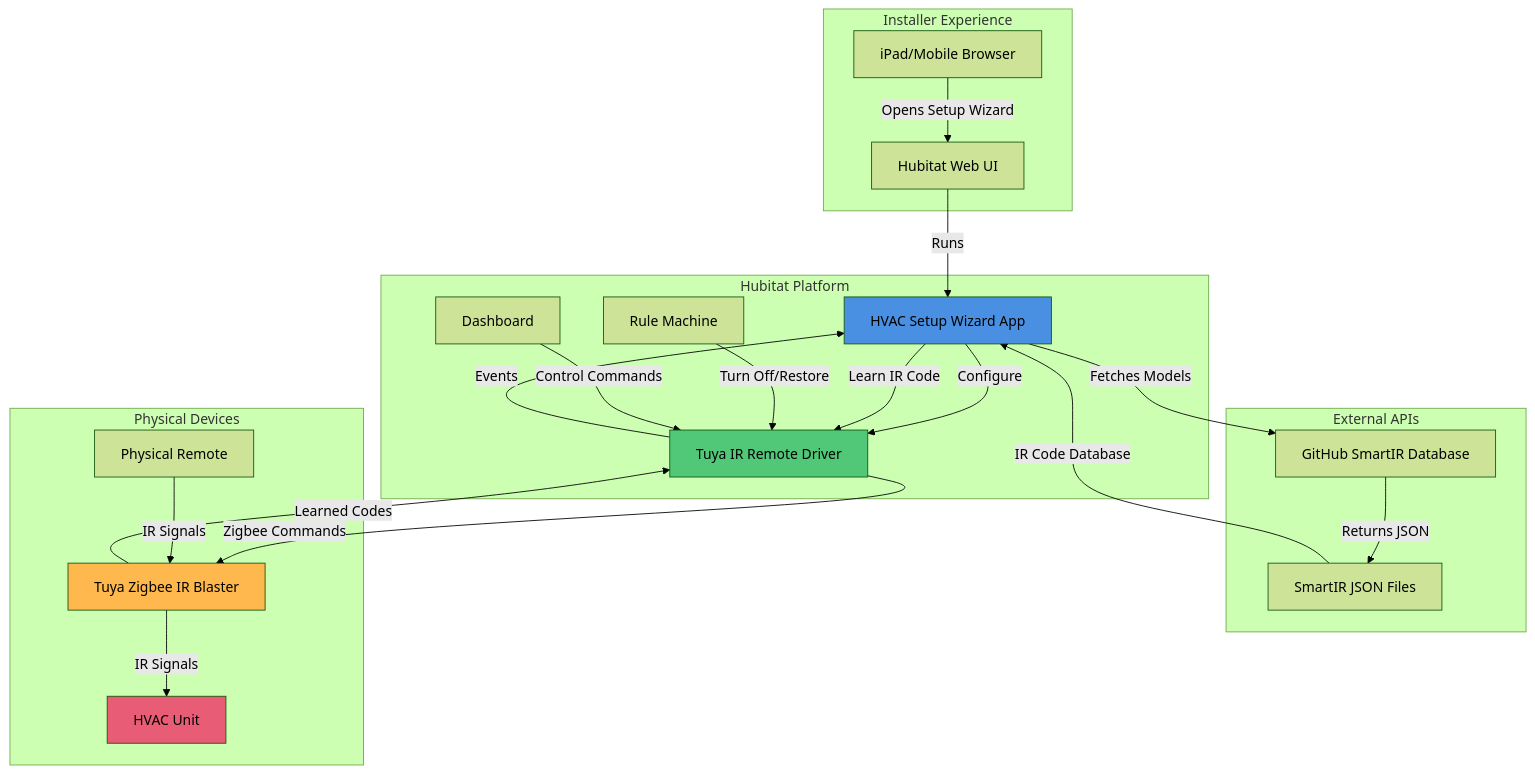
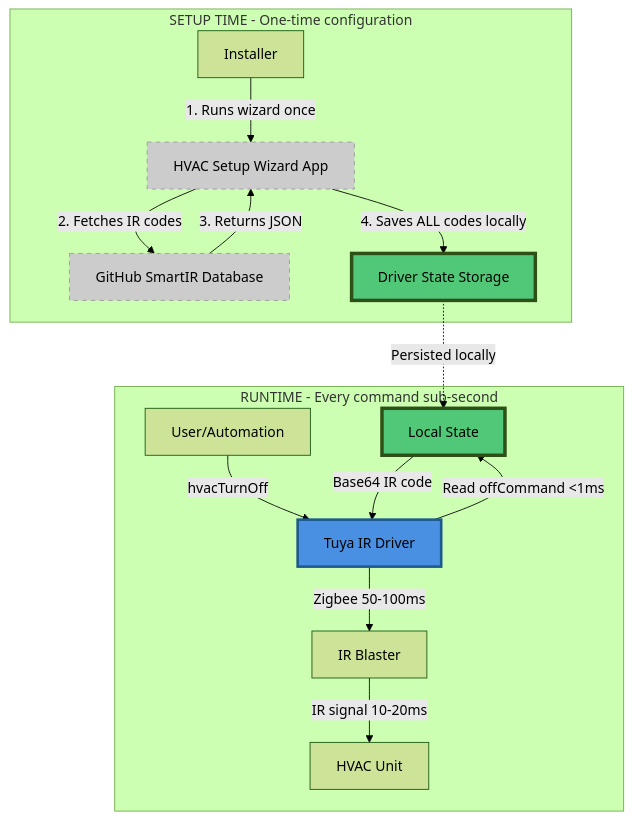
The first of 13 diagrams in ARCHITECTURE.md (lastmyle/hubitat-tuya-zigbee-ir), drawn with Mermaid (forest theme) before and after one commit. The commit also changed other lines of this file and 35 other files, not shown here.

````diff
--- a/ARCHITECTURE.md
+++ b/ARCHITECTURE.md
@@ -5,46 +5,35 @@
 ```mermaid
 graph TB
-    subgraph "Installer Experience"
-        IPAD[iPad/Mobile Browser]
-        HUBITAT_UI[Hubitat Web UI]
+    subgraph "SETUP TIME - One-time configuration"
+        INSTALLER[Installer]
+        WIZARD[HVAC Setup Wizard App]
+        GITHUB[GitHub SmartIR Database]
+
+        INSTALLER -->|1. Runs wizard once| WIZARD
+        WIZARD -->|2. Fetches IR codes| GITHUB
+        GITHUB -->|3. Returns JSON| WIZARD
+        WIZARD -->|4. Saves ALL codes locally| DRIVER_STATE[Driver State Storage]
     end
 
-    subgraph "Hubitat Platform"
-        APP[HVAC Setup Wizard App]
-        DRIVER[Tuya IR Remote Driver]
-        RULE[Rule Machine]
-        DASHBOARD[Dashboard]
+    subgraph "RUNTIME - Every command  sub-second"
+        USER[User/Automation]
+        DRIVER[Tuya IR Driver]
+        STATE[Local State]
+        IR_BLASTER[IR Blaster]
+        HVAC[HVAC Unit]
+
+        USER -->|hvacTurnOff| DRIVER
+        DRIVER -->|Read offCommand <1ms| STATE
+        STATE -->|Base64 IR code| DRIVER
+        DRIVER -->|Zigbee 50-100ms| IR_BLASTER
+        IR_BLASTER -->|IR signal 10-20ms| HVAC
     end
 
-    subgraph "External APIs"
-        GITHUB[GitHub SmartIR Database]
-        SMARTIR[SmartIR JSON Files]
-    end
+    DRIVER_STATE -.->|Persisted locally| STATE
 
-    subgraph "Physical Devices"
-        IR_BLASTER[Tuya Zigbee IR Blaster]
-        HVAC[HVAC Unit]
-        REMOTE[Physical Remote]
-    end
-
-    IPAD -->|Opens Setup Wizard| HUBITAT_UI
-    HUBITAT_UI -->|Runs| APP
-    APP -->|Fetches Models| GITHUB
-    GITHUB -->|Returns JSON| SMARTIR
-    SMARTIR -->|IR Code Database| APP
-    APP -->|Configure| DRIVER
-    APP -->|Learn IR Code| DRIVER
-    DRIVER -->|Zigbee Commands| IR_BLASTER
-    IR_BLASTER -->|IR Signals| HVAC
-    REMOTE -->|IR Signals| IR_BLASTER
-    IR_BLASTER -->|Learned Codes| DRIVER
-    DRIVER -->|Events| APP
-
-    RULE -->|Turn Off/Restore| DRIVER
-    DASHBOARD -->|Control Commands| DRIVER
-
-    style APP fill:#4A90E2
-    style DRIVER fill:#50C878
-    style IR_BLASTER fill:#FFB84D
-    style HVAC fill:#E85D75
+    style WIZARD fill:#ccc,stroke:#999,stroke-dasharray: 5 5
+    style GITHUB fill:#ccc,stroke:#999,stroke-dasharray: 5 5
+    style DRIVER_STATE fill:#50C878,stroke:#2d5016,stroke-width:4px
+    style STATE fill:#50C878,stroke:#2d5016,stroke-width:4px
+    style DRIVER fill:#4A90E2,stroke:#1e5a8e,stroke-width:3px
 ```
````
